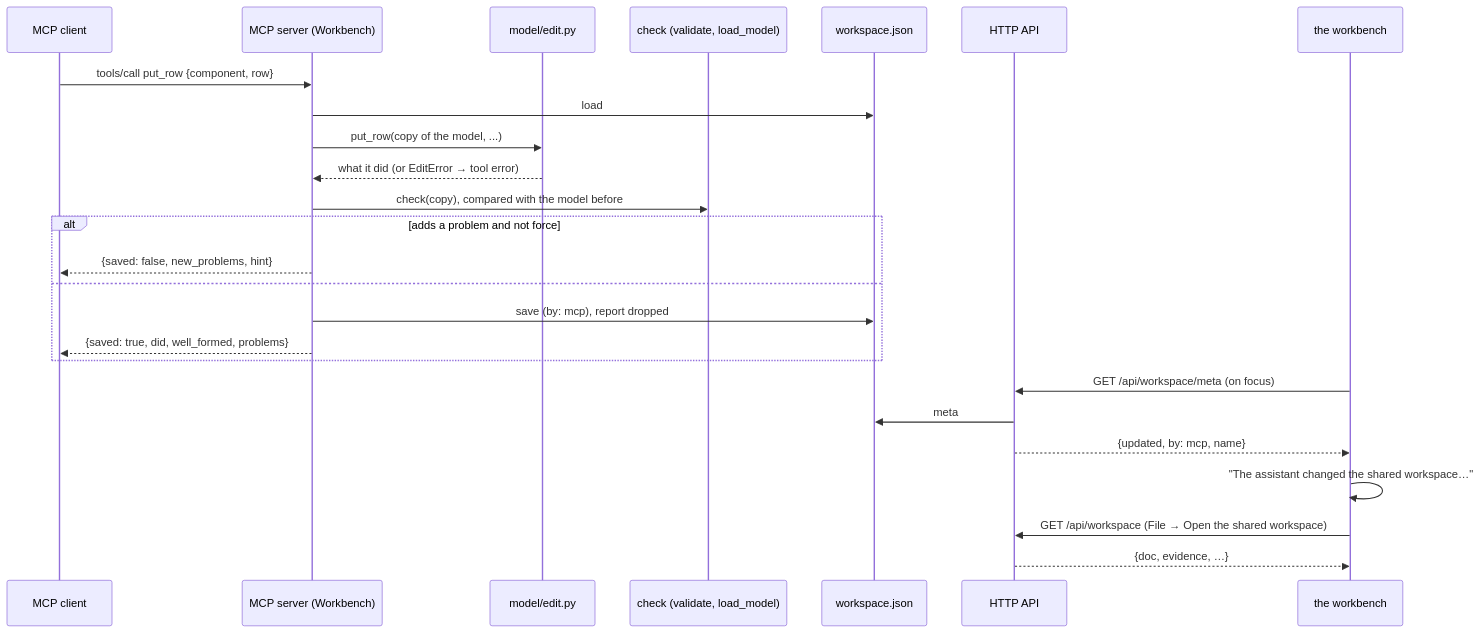
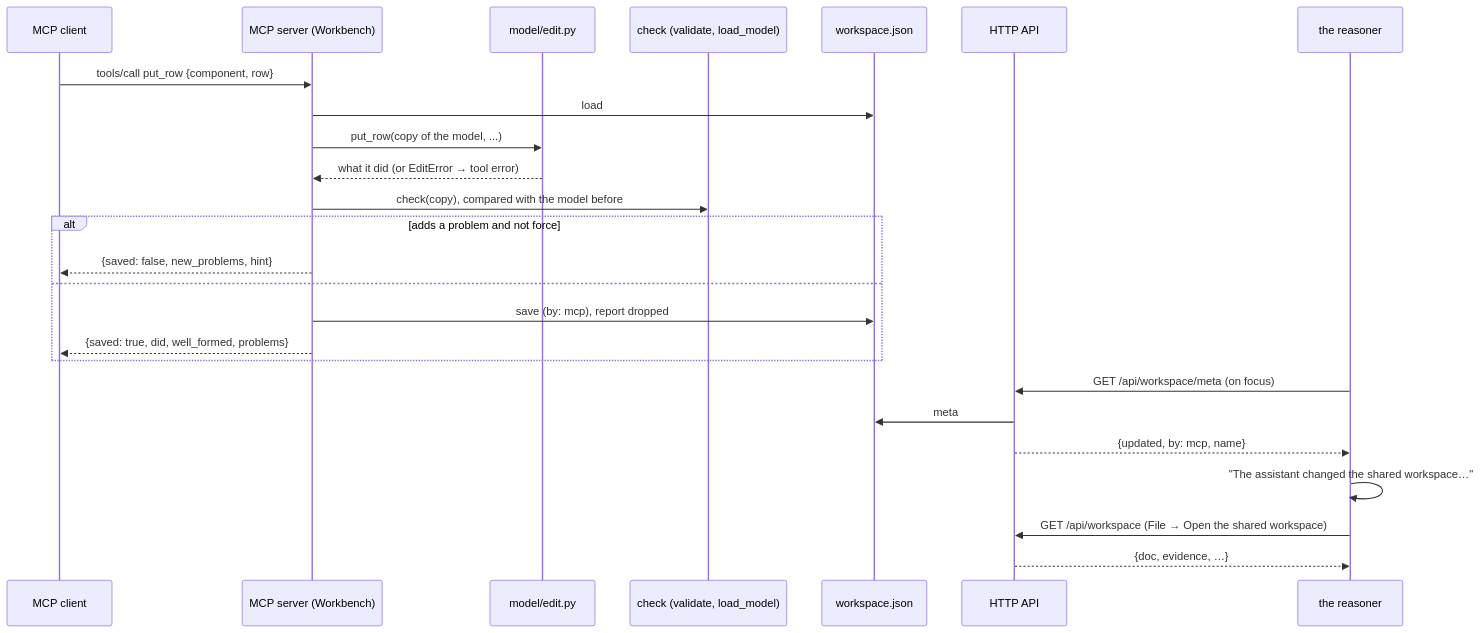
The second of 3 diagrams in docs/dev/mcp.md (nmarci7/Bimodal-EPA), drawn with Mermaid before and after one commit. The commit also changed other lines of this file and 49 other files, not shown here.

````diff
--- a/docs/dev/mcp.md
+++ b/docs/dev/mcp.md
@@ -128,27 +128,27 @@
 ```mermaid
 sequenceDiagram
   participant C as MCP client
   participant S as MCP server (Workbench)
   participant ED as model/edit.py
   participant CH as check (validate, load_model)
   participant WS as workspace.json
   participant API as HTTP API
-  participant UI as the workbench
+  participant UI as the reasoner
   C->>S: tools/call put_row {component, row}
   S->>WS: load
   S->>ED: put_row(copy of the model, ...)
   ED-->>S: what it did (or EditError → tool error)
   S->>CH: check(copy), compared with the model before
   alt adds a problem and not force
     S-->>C: {saved: false, new_problems, hint}
   else
     S->>WS: save (by: mcp), report dropped
     S-->>C: {saved: true, did, well_formed, problems}
   end
   UI->>API: GET /api/workspace/meta (on focus)
   API->>WS: meta
   API-->>UI: {updated, by: mcp, name}
   UI->>UI: "The assistant changed the shared workspace…"
   UI->>API: GET /api/workspace (File → Open the shared workspace)
   API-->>UI: {doc, evidence, …}
 ```
````
